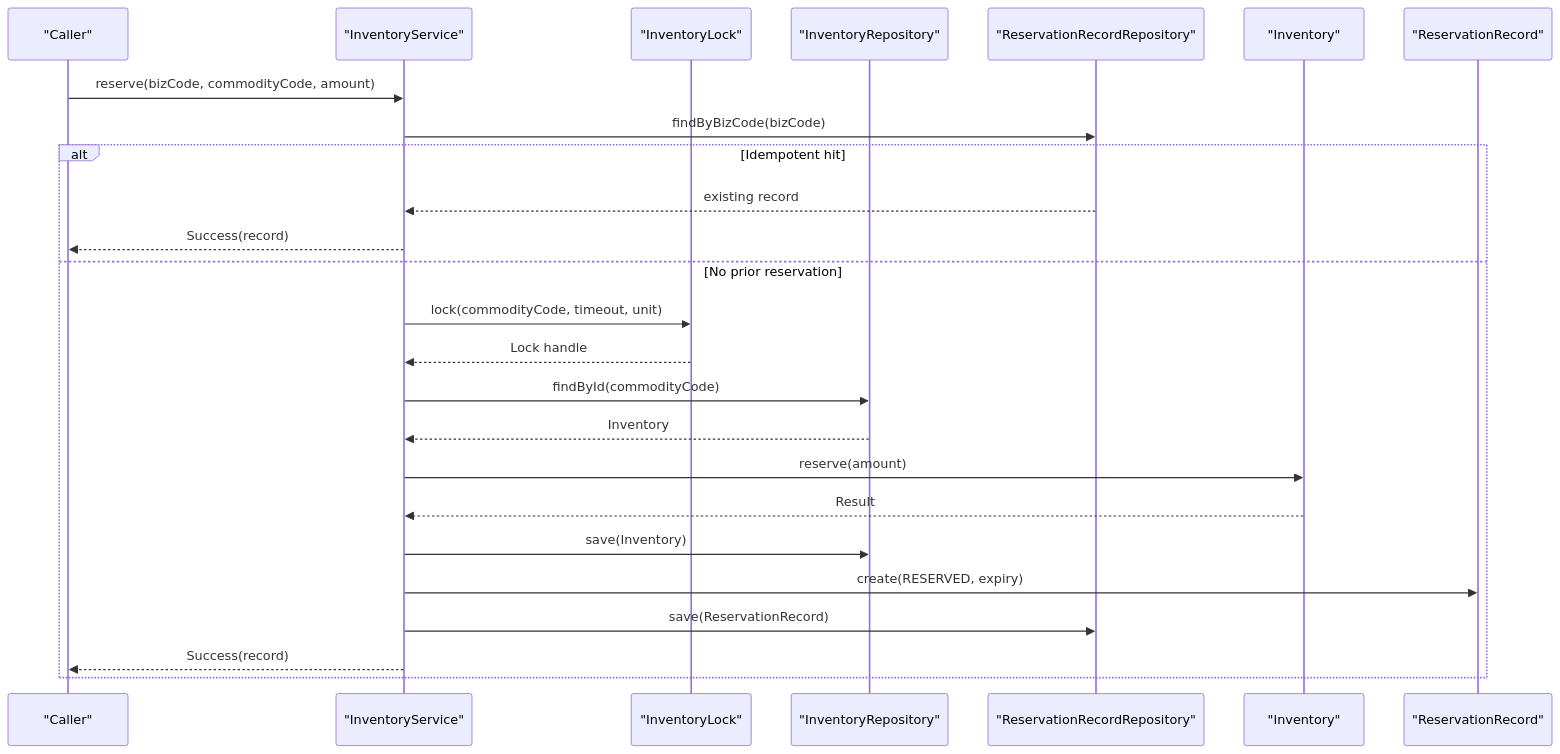
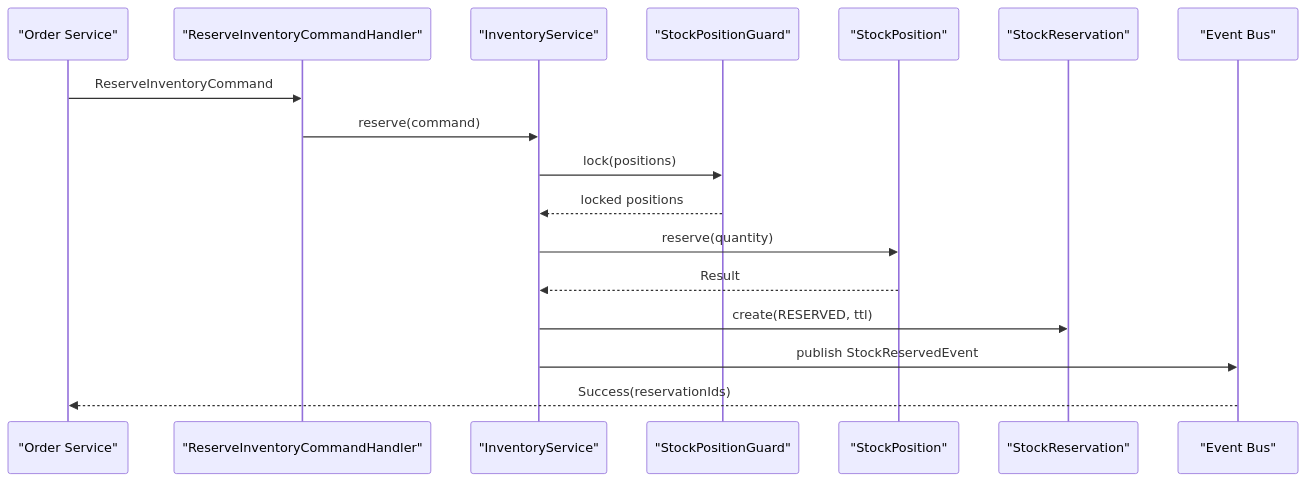
Before and after one commit to ddd-mall/j-store: the second of 7 diagrams in .qoder/repowiki/en/content/Goods Catalog Module/Inventory Management System/Inventory Management System.md, drawn with Mermaid. The commit also changed other lines of this file and 334 other files, not shown here.

````diff
--- a/.qoder/repowiki/en/content/Goods Catalog Module/Inventory Management System/Inventory Management System.md
+++ b/.qoder/repowiki/en/content/Goods Catalog Module/Inventory Management System/Inventory Management System.md
@@ -105,27 +109,19 @@
 ```mermaid
 sequenceDiagram
-participant Client as "Caller"
+participant Client as "Order Service"
+participant Handler as "ReserveInventoryCommandHandler"
 participant UseCase as "InventoryService"
-participant Lock as "InventoryLock"
-participant Repo as "InventoryRepository"
-participant RRepo as "ReservationRecordRepository"
-participant Inv as "Inventory"
-participant Rec as "ReservationRecord"
-Client->>UseCase : reserve(bizCode, commodityCode, amount)
-UseCase->>RRepo : findByBizCode(bizCode)
-alt Idempotent hit
-RRepo-->>UseCase : existing record
-UseCase-->>Client : Success(record)
-else No prior reservation
-UseCase->>Lock : lock(commodityCode, timeout, unit)
-Lock-->>UseCase : Lock handle
-UseCase->>Repo : findById(commodityCode)
-Repo-->>UseCase : Inventory
-UseCase->>Inv : reserve(amount)
-Inv-->>UseCase : Result
-UseCase->>Repo : save(Inventory)
-UseCase->>Rec : create(RESERVED, expiry)
-UseCase->>RRepo : save(ReservationRecord)
-UseCase-->>Client : Success(record)
-end
+participant Guard as "StockPositionGuard"
+participant Position as "StockPosition"
+participant Reservation as "StockReservation"
+participant Bus as "Event Bus"
+Client->>Handler : ReserveInventoryCommand
+Handler->>UseCase : reserve(command)
+UseCase->>Guard : lock(positions)
+Guard-->>UseCase : locked positions
+UseCase->>Position : reserve(quantity)
+Position-->>UseCase : Result
+UseCase->>Reservation : create(RESERVED, ttl)
+UseCase->>Bus : publish StockReservedEvent
+Bus-->>Client : Success(reservationIds)
 ```
````
